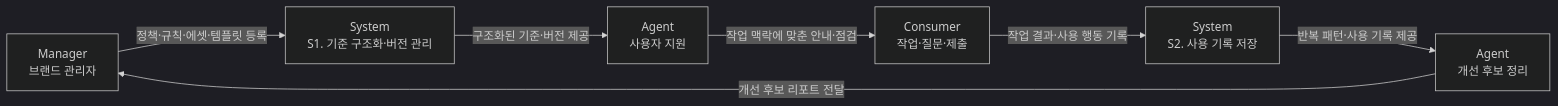
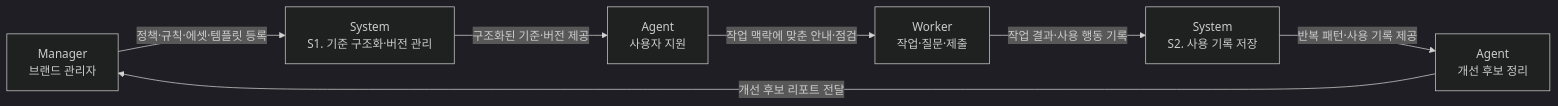
One commit to ewoooo/living-brand-system changed the second of 2 diagrams in docs/01-product.md. Above: the diagram before and after it, drawn with Mermaid (dark theme). The commit also changed other lines of this file and 7 other files, not shown here.

````diff
--- a/docs/01-product.md
+++ b/docs/01-product.md
@@ -93,16 +93,16 @@
 ```mermaid
 flowchart LR
   M["Manager<br/>브랜드 관리자"]
   S1["System<br/>S1. 기준 구조화·버전 관리"]
   A1["Agent<br/>사용자 지원"]
-  C["Consumer<br/>작업·질문·제출"]
+  C["Worker<br/>작업·질문·제출"]
   S2["System<br/>S2. 사용 기록 저장"]
   A2["Agent<br/>개선 후보 정리"]
 
   M -->|"정책·규칙·에셋·템플릿 등록"| S1
   S1 -->|"구조화된 기준·버전 제공"| A1
   A1 -->|"작업 맥락에 맞춘 안내·점검"| C
   C -->|"작업 결과·사용 행동 기록"| S2
   S2 -->|"반복 패턴·사용 기록 제공"| A2
   A2 -->|"개선 후보 리포트 전달"| M
 ```
````
